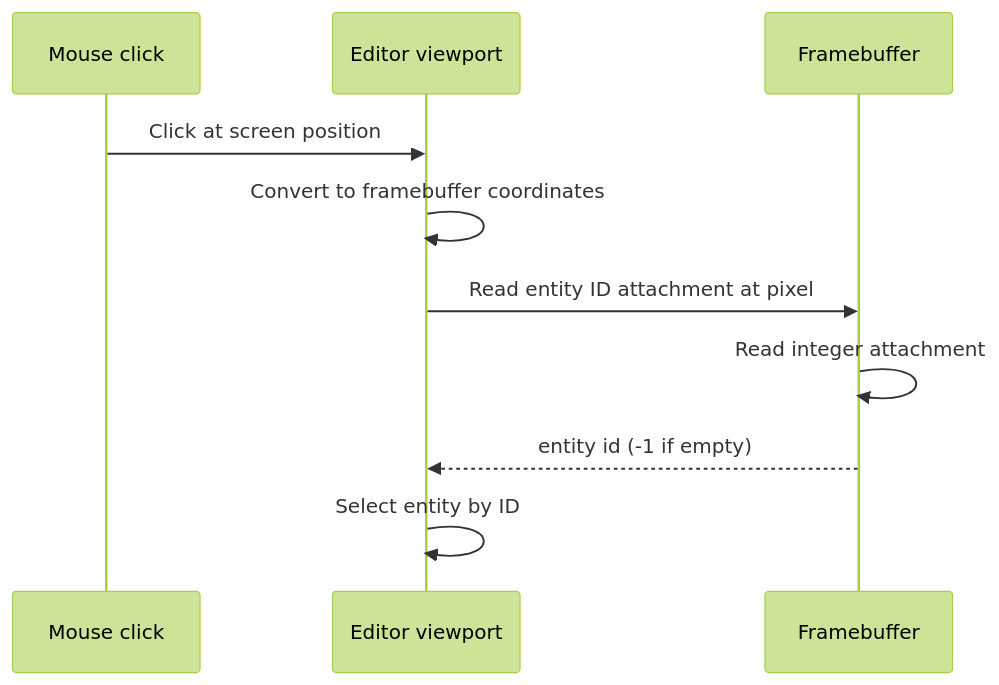
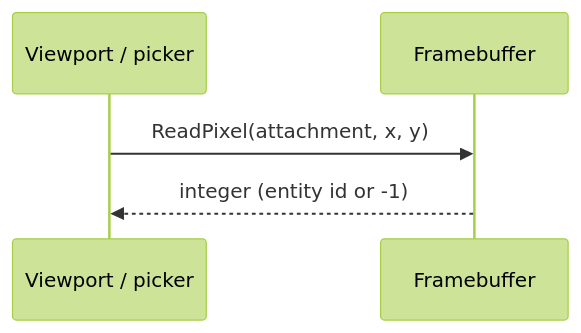
One commit to kateusz/GameEngine changed the fifth of 5 diagrams in docs/architecture/rendering-pipeline.md. Above: the diagram before and after it, drawn with Mermaid (forest theme). The commit also changed other lines of this file and 2 other files, not shown here.

````diff
--- a/docs/architecture/rendering-pipeline.md
+++ b/docs/architecture/rendering-pipeline.md
@@ -328,13 +324,8 @@
 ```mermaid
 sequenceDiagram
-    participant Mouse as Mouse click
-    participant Editor as Editor viewport
+    participant Caller as Viewport / picker
     participant FB as Framebuffer
 
-    Mouse->>Editor: Click at screen position
-    Editor->>Editor: Convert to framebuffer coordinates
-    Editor->>FB: Read entity ID attachment at pixel
-    FB->>FB: Read integer attachment
-    FB-->>Editor: entity id (-1 if empty)
-    Editor->>Editor: Select entity by ID
+    Caller->>FB: ReadPixel(attachment, x, y)
+    FB-->>Caller: integer (entity id or -1)
 ```
````
